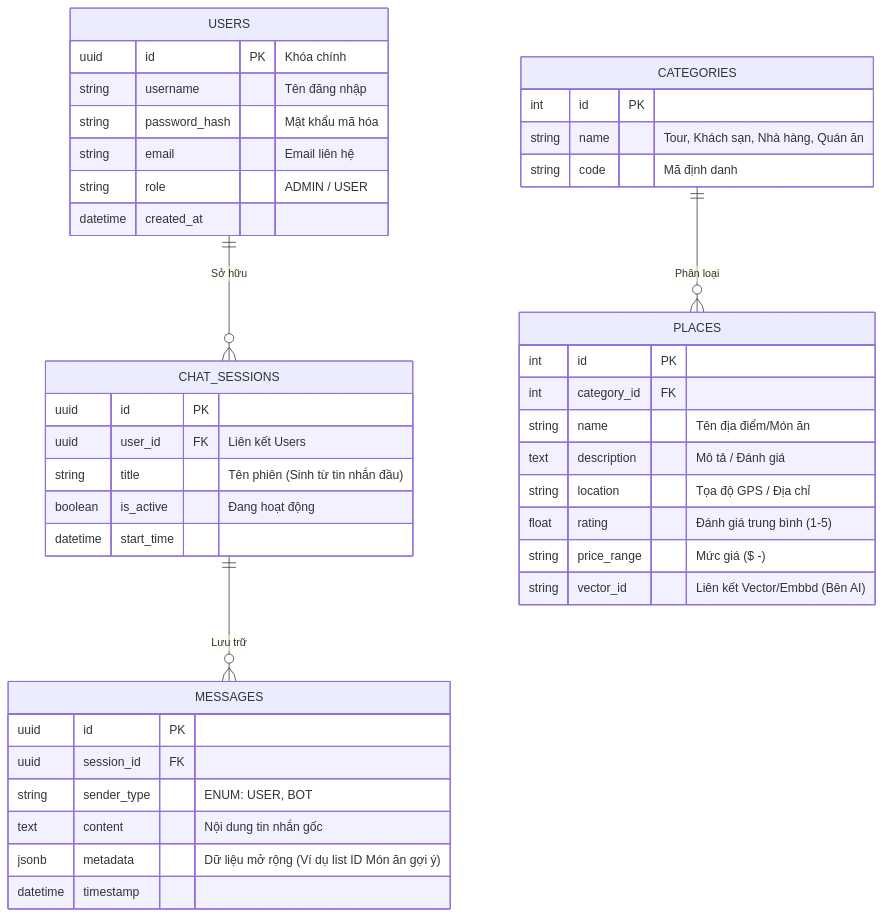
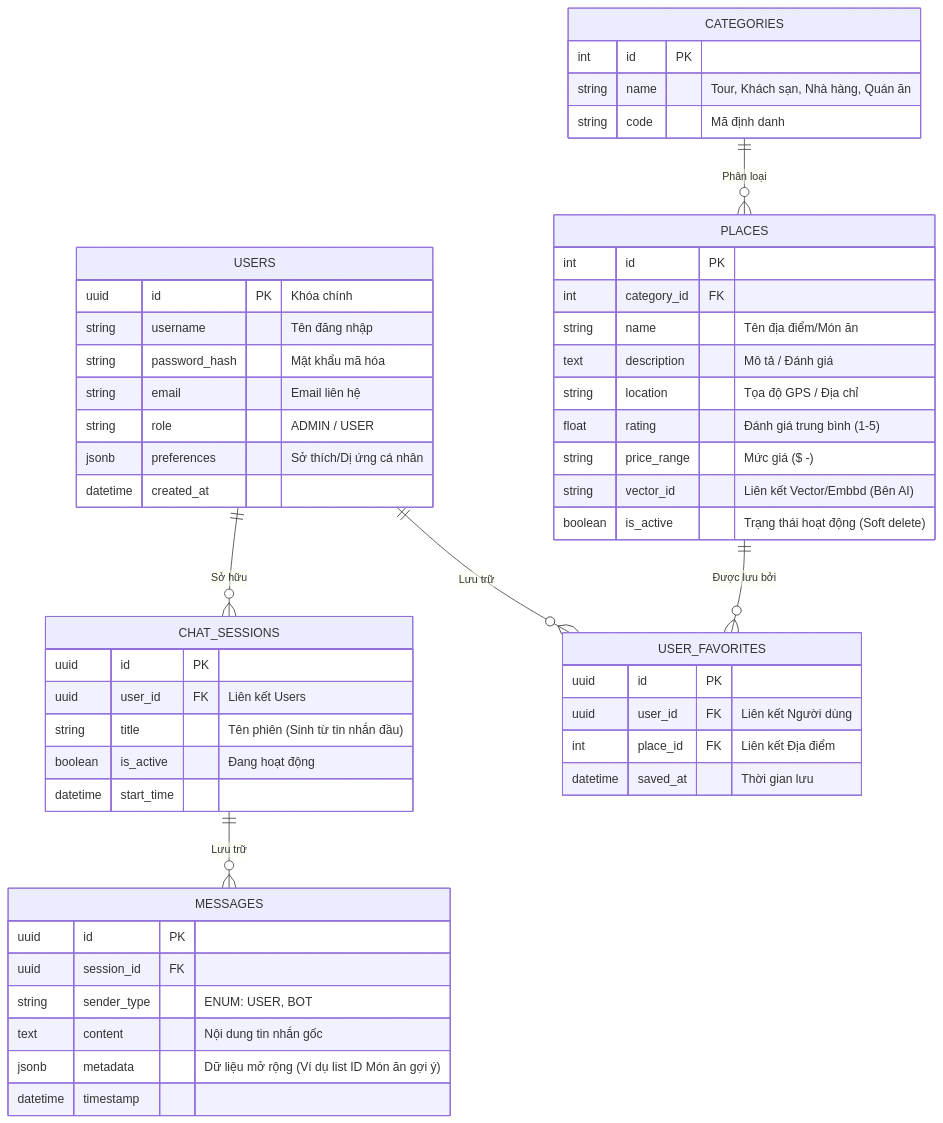
Before and after one commit to TienDat11102k5/Chatbot_AmThuc_Dulich: the diagram in docs/4_Database_ERD.md, drawn with Mermaid. The commit also changed other lines of this file and 4 other files, not shown here.

````diff
--- a/docs/4_Database_ERD.md
+++ b/docs/4_Database_ERD.md
@@ -5,52 +5,64 @@
 ```mermaid
 erDiagram
     %% Định nghĩa bảng Người dùng
     USERS ||--o{ CHAT_SESSIONS : "Sở hữu"
+    USERS ||--o{ USER_FAVORITES : "Lưu trữ"
     USERS {
         uuid id PK "Khóa chính"
         string username "Tên đăng nhập"
         string password_hash "Mật khẩu mã hóa"
         string email "Email liên hệ"
         string role "ADMIN / USER"
+        jsonb preferences "Sở thích/Dị ứng cá nhân"
         datetime created_at
     }
 
     %% Định nghĩa phiên chat (Chat Sessions)
     CHAT_SESSIONS ||--o{ MESSAGES : "Lưu trữ"
     CHAT_SESSIONS {
         uuid id PK
         uuid user_id FK "Liên kết Users"
         string title "Tên phiên (Sinh từ tin nhắn đầu)"
         boolean is_active "Đang hoạt động"
         datetime start_time
     }
 
     %% Định nghĩa tin nhắn chi tiết
     MESSAGES {
         uuid id PK
         uuid session_id FK
         string sender_type "ENUM: USER, BOT"
         text content "Nội dung tin nhắn gốc"
         jsonb metadata "Dữ liệu mở rộng (Ví dụ list ID Món ăn gợi ý)"
         datetime timestamp
     }
 
+    %% Định nghĩa bảng Danh sách yêu thích
+    PLACES ||--o{ USER_FAVORITES : "Được lưu bởi"
+    USER_FAVORITES {
+        uuid id PK
+        uuid user_id FK "Liên kết Người dùng"
+        int place_id FK "Liên kết Địa điểm"
+        datetime saved_at "Thời gian lưu"
+    }
+
     %% Dữ liệu Cốt lõi về Ẩm thực và Du lịch
     CATEGORIES ||--o{ PLACES : "Phân loại"
     CATEGORIES {
         int id PK
         string name "Tour, Khách sạn, Nhà hàng, Quán ăn"
         string code "Mã định danh"
     }
 
     PLACES {
         int id PK
         int category_id FK
         string name "Tên địa điểm/Món ăn"
         text description "Mô tả / Đánh giá"
         string location "Tọa độ GPS / Địa chỉ"
         float rating "Đánh giá trung bình (1-5)"
         string price_range "Mức giá ($ - $$$$)"
         string vector_id "Liên kết Vector/Embbd (Bên AI)"
+        boolean is_active "Trạng thái hoạt động (Soft delete)"
     }
 ```
````
